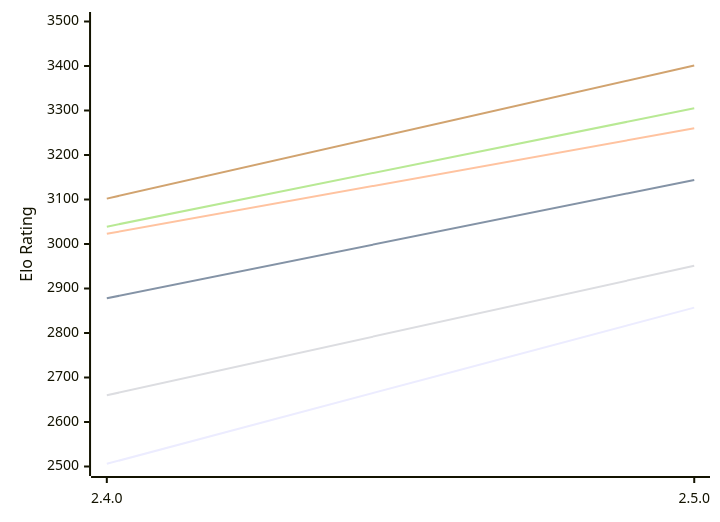
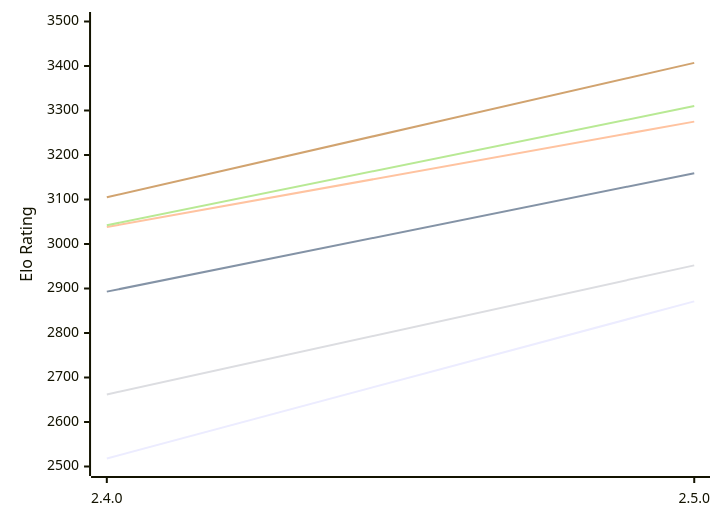
The diagram in engines/Rarog.md (computer-chess-index/cci), drawn with Mermaid before and after one commit. The commit also changed other lines of this file, not shown here.

Commit message:
Update CCI Ratings (ELO VLTC) - 2026-10-22

````diff
--- a/engines/Rarog.md
+++ b/engines/Rarog.md
@@ -49,12 +49,12 @@
 ```mermaid
 %%{init: {"theme":"base","themeVariables":{"seriesColors:['#a3a3a3','#222221','#faa371']}}}%%
 xychart-beta
   x-axis ["2.4.0", "2.5.0"]
   y-axis "Elo Rating" 2500 --> 3500
-  line "E1: STC (8.0+0.08s)" [2506, 2857]
-  line "E1: LTC (60.0+0.60s)" [2878, 3144]
-  line "E1: VLTC (2m24s+1.12s)" [3023, 3260]
-  line "P1: STC (8.0+0.08s)" [2660, 2951]
-  line "P1: LTC (60.0+0.60s)" [3039, 3305]
-  line "P1: VLTC (2m24s+1.12s)" [3102, 3401]
+  line "E1: STC (8.0+0.08s)" [2518, 2871]
+  line "E1: LTC (60.0+0.60s)" [2893, 3159]
+  line "E1: VLTC (2m24s+1.12s)" [3038, 3275]
+  line "P1: STC (8.0+0.08s)" [2662, 2952]
+  line "P1: LTC (60.0+0.60s)" [3042, 3310]
+  line "P1: VLTC (2m24s+1.12s)" [3105, 3407]
 ```
````
